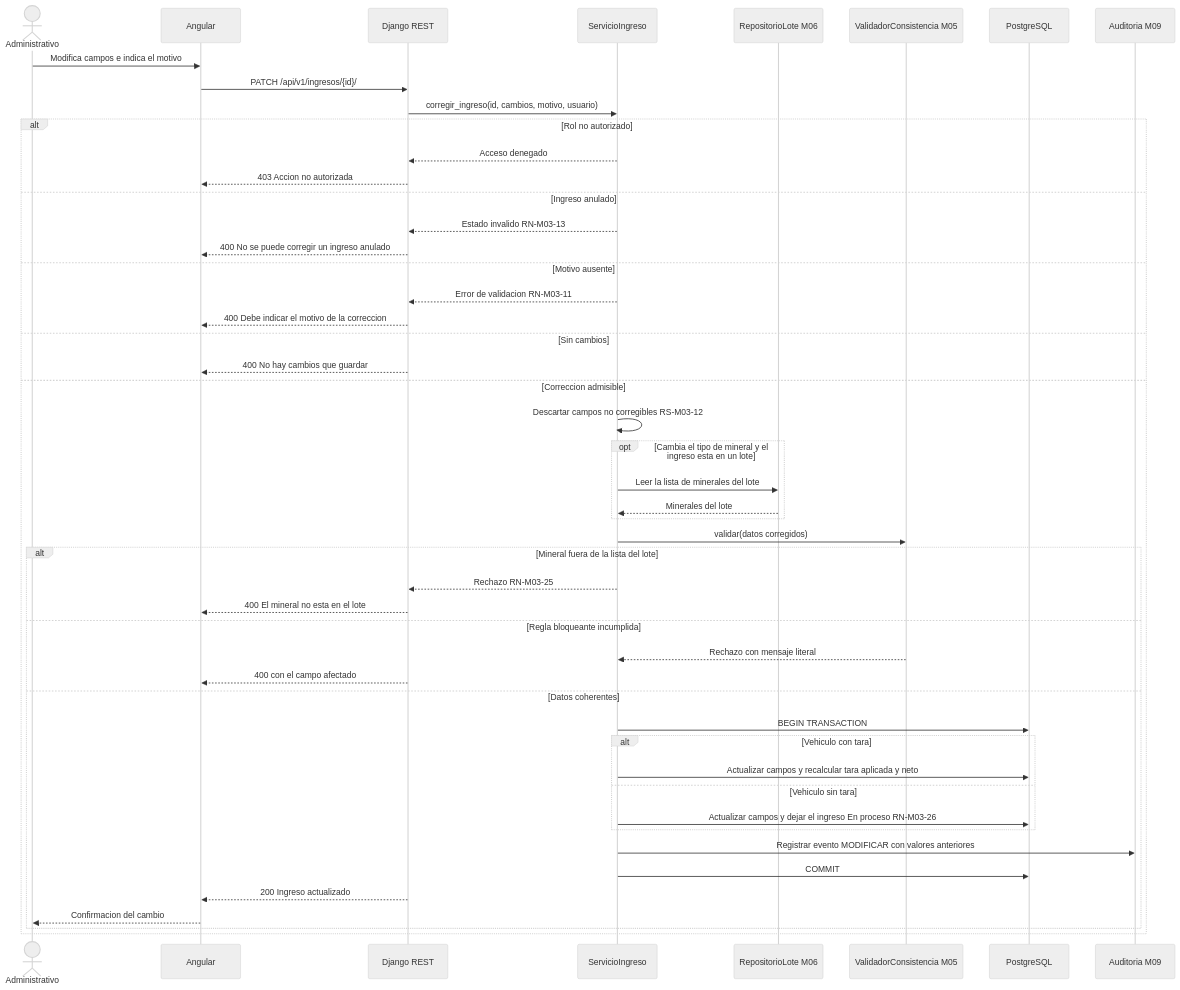
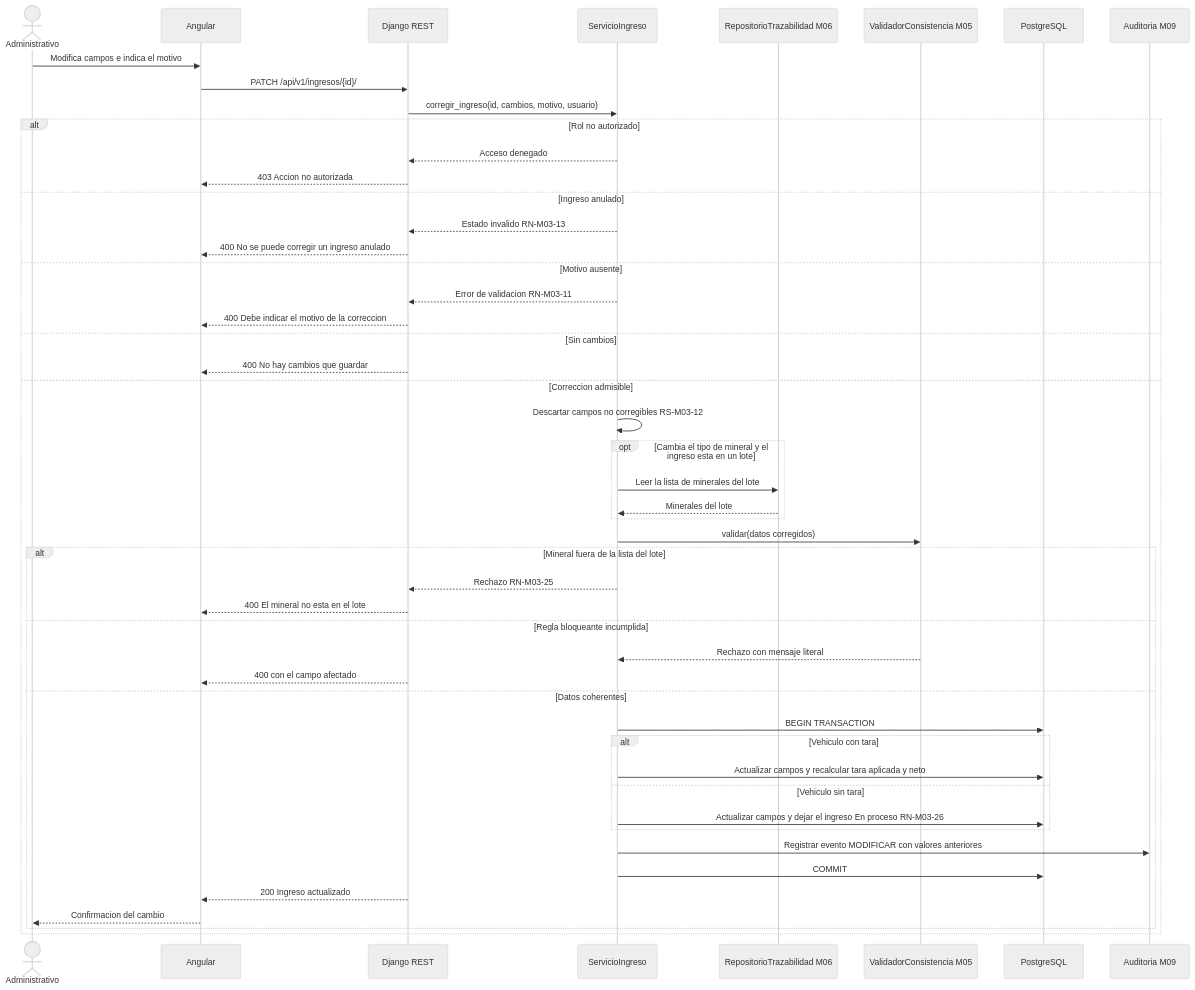
Before and after one commit to adlerOmonte1/LogisticaMinera: the second of 5 diagrams in docs/modulos/M03-ingresos/diagramas/secuencia.md, drawn with Mermaid (neutral theme). The commit also changed 32 other files, not shown here.

````diff
--- a/docs/modulos/M03-ingresos/diagramas/secuencia.md
+++ b/docs/modulos/M03-ingresos/diagramas/secuencia.md
@@ -84,54 +84,54 @@
 ```mermaid
 sequenceDiagram
     actor A as Administrativo
     participant NG as Angular
     participant API as Django REST
     participant SRV as ServicioIngreso
-    participant LOT as RepositorioLote M06
+    participant LOT as RepositorioTrazabilidad M06
     participant VAL as ValidadorConsistencia M05
     participant DB as PostgreSQL
     participant AUD as Auditoria M09
 
     A->>NG: Modifica campos e indica el motivo
     NG->>API: PATCH /api/v1/ingresos/{id}/
     API->>SRV: corregir_ingreso(id, cambios, motivo, usuario)
 
     alt Rol no autorizado
         SRV-->>API: Acceso denegado
         API-->>NG: 403 Accion no autorizada
     else Ingreso anulado
         SRV-->>API: Estado invalido RN-M03-13
         API-->>NG: 400 No se puede corregir un ingreso anulado
     else Motivo ausente
         SRV-->>API: Error de validacion RN-M03-11
         API-->>NG: 400 Debe indicar el motivo de la correccion
     else Sin cambios
         API-->>NG: 400 No hay cambios que guardar
     else Correccion admisible
         SRV->>SRV: Descartar campos no corregibles RS-M03-12
         opt Cambia el tipo de mineral y el ingreso esta en un lote
             SRV->>LOT: Leer la lista de minerales del lote
             LOT-->>SRV: Minerales del lote
         end
         SRV->>VAL: validar(datos corregidos)
 
         alt Mineral fuera de la lista del lote
             SRV-->>API: Rechazo RN-M03-25
             API-->>NG: 400 El mineral no esta en el lote
         else Regla bloqueante incumplida
             VAL-->>SRV: Rechazo con mensaje literal
             API-->>NG: 400 con el campo afectado
         else Datos coherentes
             SRV->>DB: BEGIN TRANSACTION
             alt Vehiculo con tara
                 SRV->>DB: Actualizar campos y recalcular tara aplicada y neto
             else Vehiculo sin tara
                 SRV->>DB: Actualizar campos y dejar el ingreso En proceso RN-M03-26
             end
             SRV->>AUD: Registrar evento MODIFICAR con valores anteriores
             SRV->>DB: COMMIT
             API-->>NG: 200 Ingreso actualizado
             NG-->>A: Confirmacion del cambio
         end
     end
 ```
````
